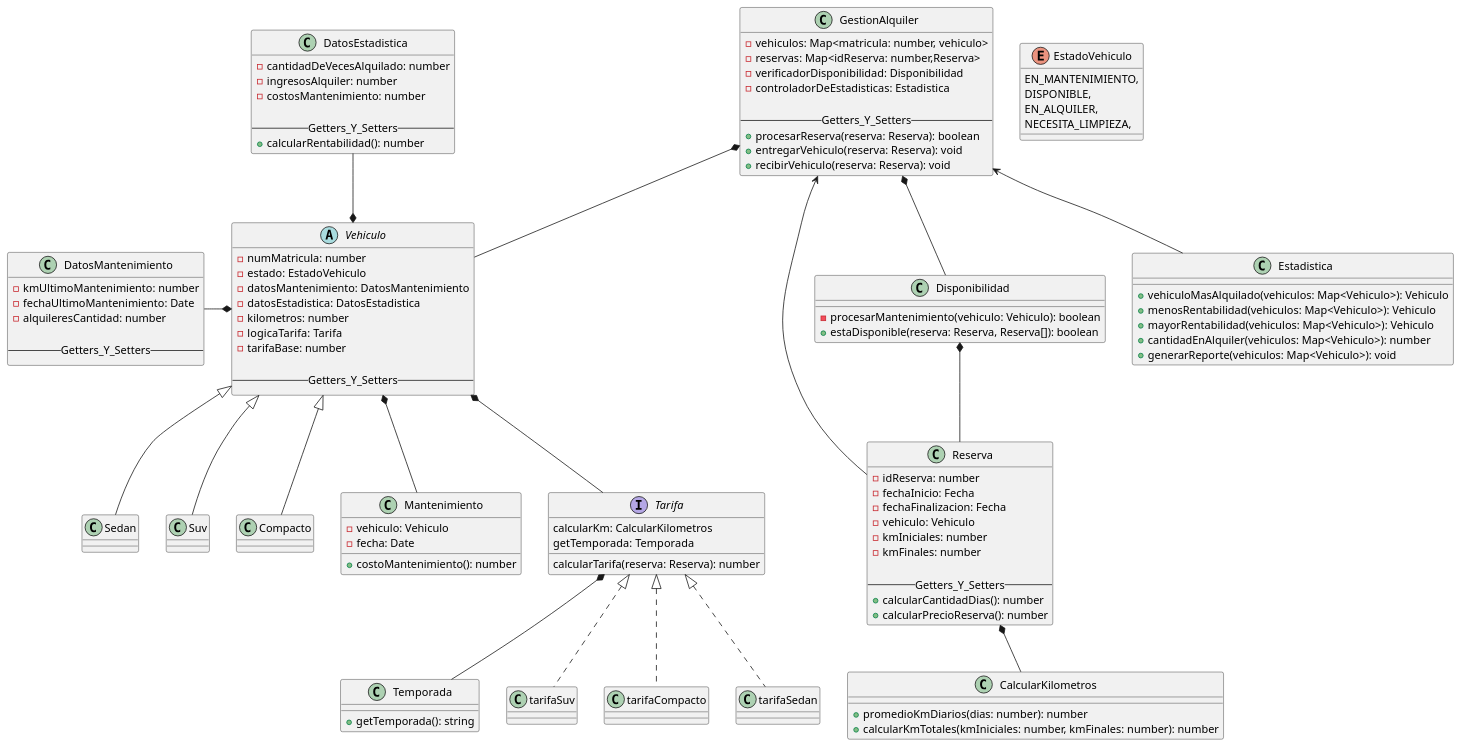
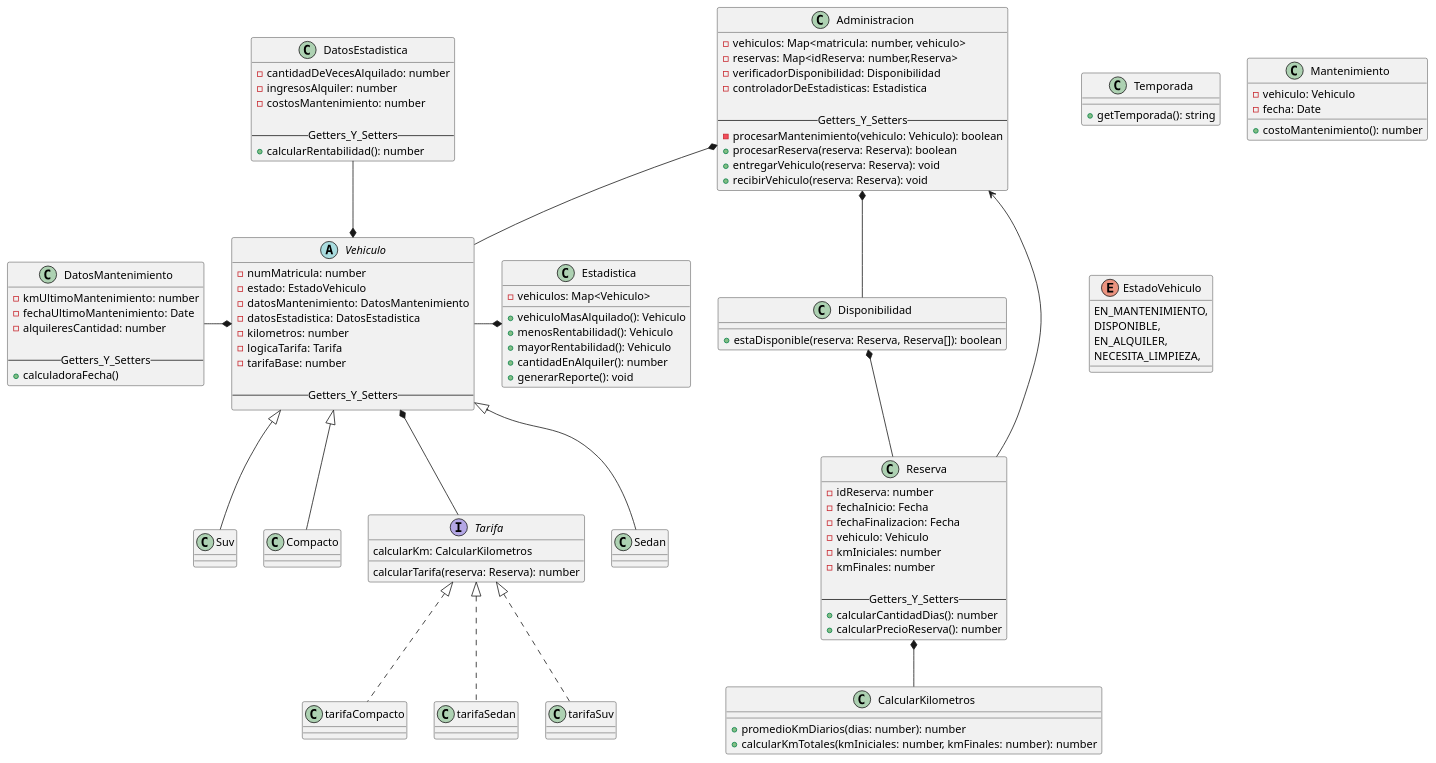
One commit to Nash-Blip/Programaci-n-II changed the diagram in diagrama/DiagramaDeClases_enu2.puml. Above: the diagram before and after it, drawn with PlantUML. The commit also changed 3 other files, not shown here.

```diff
--- a/diagrama/DiagramaDeClases_enu2.puml
+++ b/diagrama/DiagramaDeClases_enu2.puml
@@ -1,123 +1,122 @@
 @startuml name prototipoTP
 
 abstract class Vehiculo{
     - numMatricula: number
     - estado: EstadoVehiculo
     - datosMantenimiento: DatosMantenimiento
     - datosEstadistica: DatosEstadistica
     - kilometros: number
     - logicaTarifa: Tarifa
     - tarifaBase: number
 
     --Getters_Y_Setters--
 }
 
 class Sedan extends Vehiculo{}
 class Suv extends Vehiculo{}
 class Compacto extends Vehiculo{}
 
 class Temporada{
     +getTemporada(): string
 }
 
 class DatosEstadistica{
     -cantidadDeVecesAlquilado: number
     -ingresosAlquiler: number
     -costosMantenimiento: number
 
     --Getters_Y_Setters--
     +calcularRentabilidad(): number
 }
 
 class Mantenimiento{
     -vehiculo: Vehiculo
     -fecha: Date
 
     +costoMantenimiento(): number
 }
 
 class DatosMantenimiento{
     -kmUltimoMantenimiento: number
     -fechaUltimoMantenimiento: Date 
     -alquileresCantidad: number
 
     --Getters_Y_Setters--
+    + calculadoraFecha()
 }
 
 interface Tarifa{
     calcularKm: CalcularKilometros
     calcularTarifa(reserva: Reserva): number
-    getTemporada: Temporada
 }
 
 class tarifaSuv implements Tarifa{}
 
 class tarifaCompacto implements Tarifa{}
 
 class tarifaSedan implements Tarifa{}
 
 class Reserva{
     -idReserva: number
     -fechaInicio: Fecha
     -fechaFinalizacion: Fecha
     -vehiculo: Vehiculo
     -kmIniciales: number
     -kmFinales: number
 
     --Getters_Y_Setters--
     +calcularCantidadDias(): number
     +calcularPrecioReserva(): number
 }
 
 class CalcularKilometros{
     +promedioKmDiarios(dias: number): number
     +calcularKmTotales(kmIniciales: number, kmFinales: number): number
 }
 
 enum EstadoVehiculo{
     EN_MANTENIMIENTO,
     DISPONIBLE,
     EN_ALQUILER,
     NECESITA_LIMPIEZA,
 }
 
-class GestionAlquiler{
+class Administracion{
     -vehiculos: Map<matricula: number, vehiculo>
     -reservas: Map<idReserva: number,Reserva>
     -verificadorDisponibilidad: Disponibilidad
     -controladorDeEstadisticas: Estadistica
 
     --Getters_Y_Setters--
+    -procesarMantenimiento(vehiculo: Vehiculo): boolean
     +procesarReserva(reserva: Reserva): boolean
     +entregarVehiculo(reserva: Reserva): void
     +recibirVehiculo(reserva: Reserva): void
 }
 
 class Disponibilidad{
-    -procesarMantenimiento(vehiculo: Vehiculo): boolean
     +estaDisponible(reserva: Reserva, Reserva[]): boolean
 }
 
 class Estadistica{
-    + vehiculoMasAlquilado(vehiculos: Map<Vehiculo>): Vehiculo
-    + menosRentabilidad(vehiculos: Map<Vehiculo>): Vehiculo
-    + mayorRentabilidad(vehiculos: Map<Vehiculo>): Vehiculo
-    + cantidadEnAlquiler(vehiculos: Map<Vehiculo>): number
-    + generarReporte(vehiculos: Map<Vehiculo>): void
+    -vehiculos: Map<Vehiculo>
+    + vehiculoMasAlquilado(): Vehiculo
+    + menosRentabilidad(): Vehiculo
+    + mayorRentabilidad(): Vehiculo
+    + cantidadEnAlquiler(): number
+    + generarReporte(): void
 }
 
 
 ' Relaciones
 Vehiculo *-- Tarifa
-GestionAlquiler *-- Vehiculo
+Administracion *-- Vehiculo
 Disponibilidad *-- Reserva
 Reserva *-- CalcularKilometros
-GestionAlquiler *-- Disponibilidad
-GestionAlquiler <-- Reserva
+Administracion *-- Disponibilidad
+Administracion <-- Reserva
 Vehiculo *-u- DatosEstadistica
 Vehiculo *-l- DatosMantenimiento
-GestionAlquiler <-- Estadistica
-Tarifa *-- Temporada
-Vehiculo *-- Mantenimiento
+Estadistica *-l- Vehiculo
 
 @enduml
```
